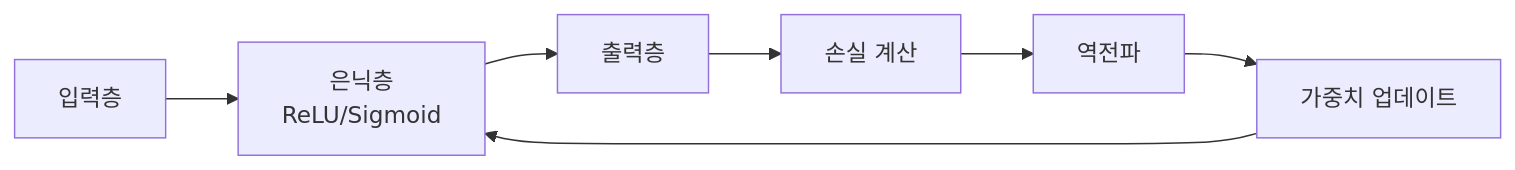
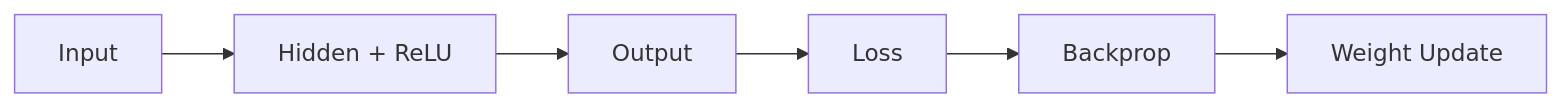
Before and after one commit to sujinchoo/Ai.build.education: the diagram in curriculum/week05.md, drawn with Mermaid. The commit also changed other lines of this file and 23 other files, not shown here.

````diff
--- a/curriculum/week05.md
+++ b/curriculum/week05.md
@@ -14,10 +20,8 @@
 ```mermaid
 flowchart LR
-    I[입력층] --> H[은닉층
-ReLU/Sigmoid]
-    H --> O[출력층]
-    O --> L[손실 계산]
-    L --> B[역전파]
-    B --> W[가중치 업데이트]
-    W --> H
+    I[Input] --> H[Hidden + ReLU]
+    H --> O[Output]
+    O --> L[Loss]
+    L --> B[Backprop]
+    B --> W[Weight Update]
 ```
````
